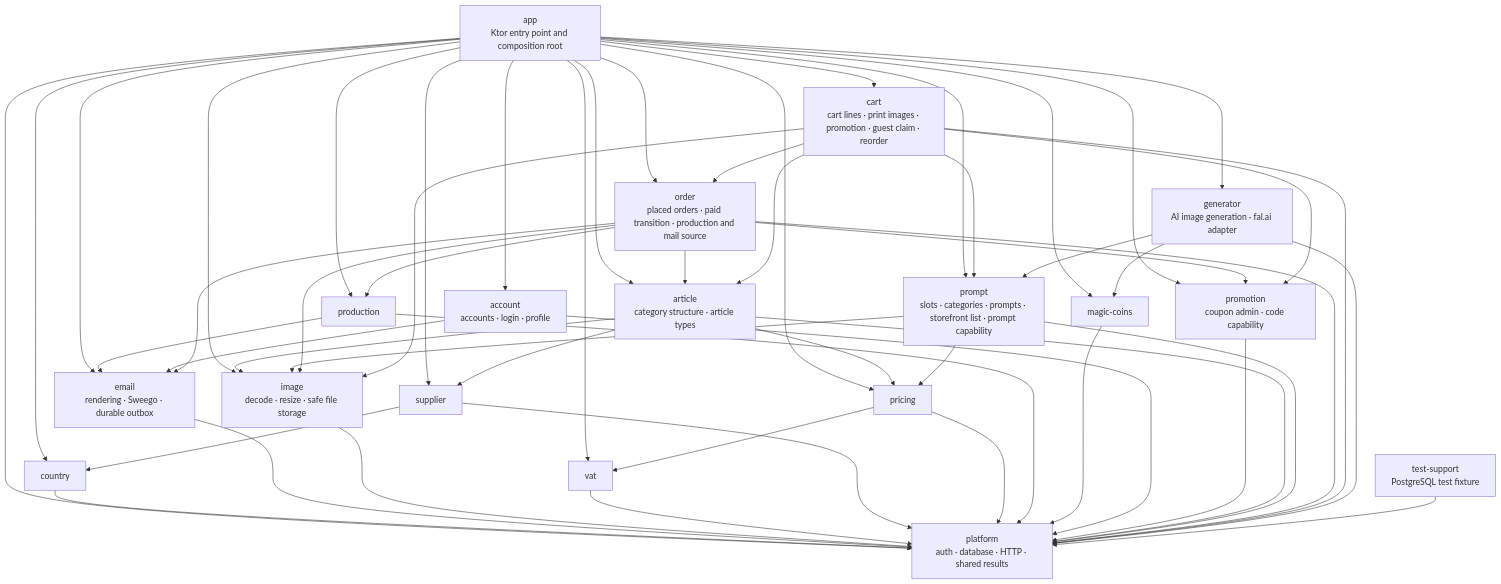
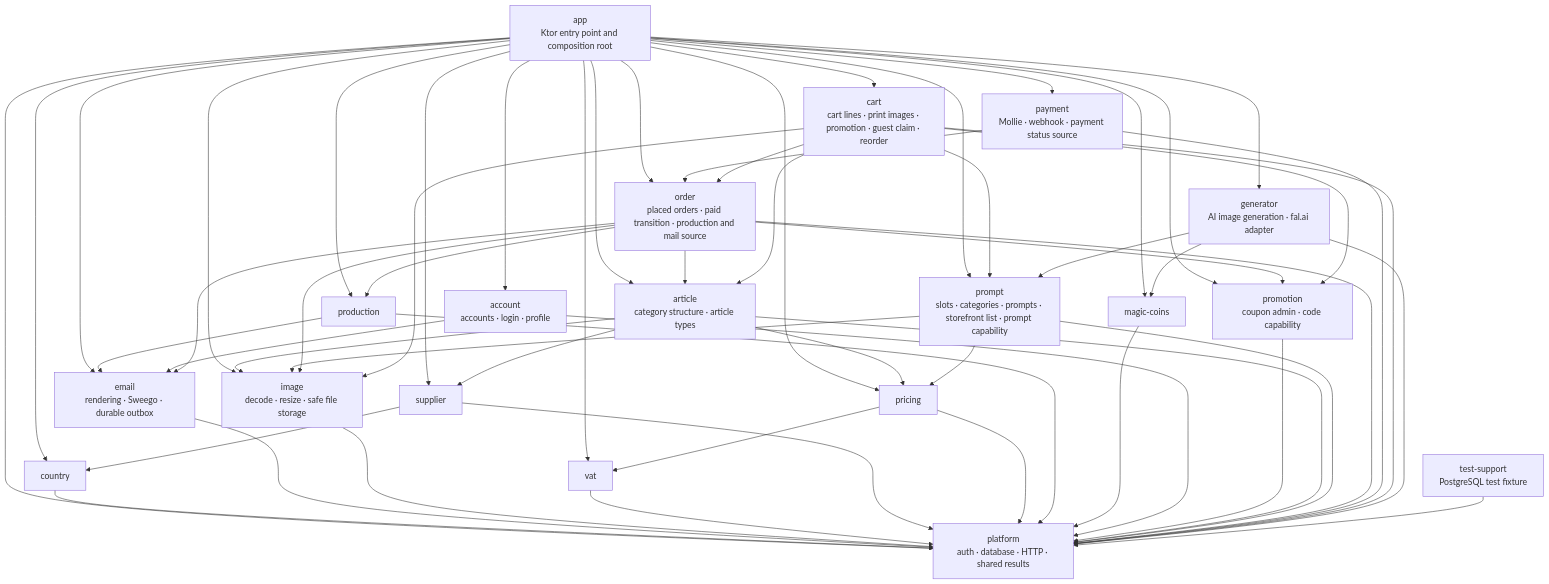
One commit to bitstorm-tech/voenix-shop-kotlin changed the diagram in docs/dev/backend/module-architecture.md. Above: the diagram before and after it, drawn with Mermaid. The commit also changed other lines of this file and 11 other files, not shown here.

First line of the commit message:
Payment T4: docs, roadmap, and closeout

````diff
--- a/docs/dev/backend/module-architecture.md
+++ b/docs/dev/backend/module-architecture.md
@@ -34,75 +34,79 @@
 ```mermaid
 flowchart TD
     App["app<br/>Ktor entry point and composition root"]
     Platform["platform<br/>auth · database · HTTP · shared results"]
     Country["country"]
     Email["email<br/>rendering · Sweego · durable outbox"]
     Image["image<br/>decode · resize · safe file storage"]
     Vat["vat"]
     Supplier["supplier"]
     Pricing["pricing"]
     Production["production"]
     MagicCoins["magic-coins"]
     Account["account<br/>accounts · login · profile"]
     Promotion["promotion<br/>coupon admin · code capability"]
     Article["article<br/>category structure · article types"]
     Prompt["prompt<br/>slots · categories · prompts · storefront list · prompt capability"]
     Order["order<br/>placed orders · paid transition · production and mail source"]
+    Payment["payment<br/>Mollie · webhook · payment status source"]
     Cart["cart<br/>cart lines · print images · promotion · guest claim · reorder"]
     Generator["generator<br/>AI image generation · fal.ai adapter"]
     TestSupport["test-support<br/>PostgreSQL test fixture"]
 
     App --> Platform
     App --> Account
     App --> Country
     App --> Email
     App --> Image
     App --> Vat
     App --> Supplier
     App --> Pricing
     App --> Production
     App --> MagicCoins
     App --> Promotion
     App --> Article
     App --> Prompt
     App --> Order
+    App --> Payment
     App --> Cart
     App --> Generator
     Country --> Platform
     Email --> Platform
     Image --> Platform
     Vat --> Platform
     Supplier --> Platform
     Supplier --> Country
     Pricing --> Platform
     Pricing --> Vat
     Production --> Platform
     Production --> Email
     MagicCoins --> Platform
     Account --> Platform
     Account --> Email
     Promotion --> Platform
     Article --> Platform
     Article --> Image
     Article --> Pricing
     Article --> Supplier
     Prompt --> Platform
     Prompt --> Image
     Prompt --> Pricing
     Order --> Platform
     Order --> Image
     Order --> Article
     Order --> Promotion
     Order --> Production
     Order --> Email
+    Payment --> Platform
+    Payment --> Order
     Cart --> Platform
     Cart --> Image
     Cart --> Article
     Cart --> Prompt
     Cart --> Promotion
     Cart --> Order
     Generator --> Platform
     Generator --> Prompt
     Generator --> MagicCoins
     TestSupport --> Platform
 ```
````
